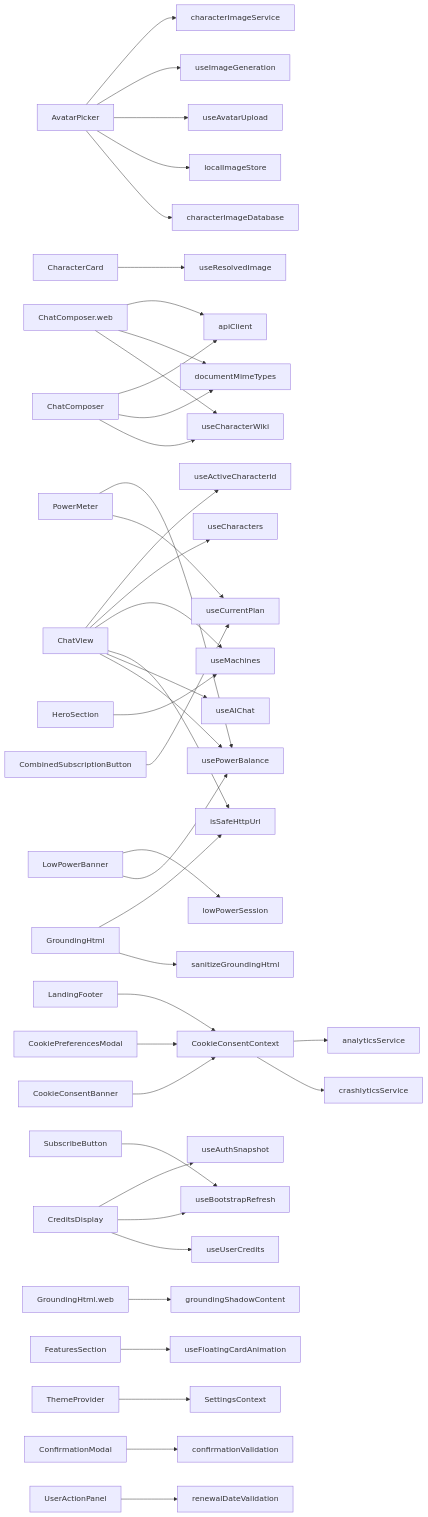
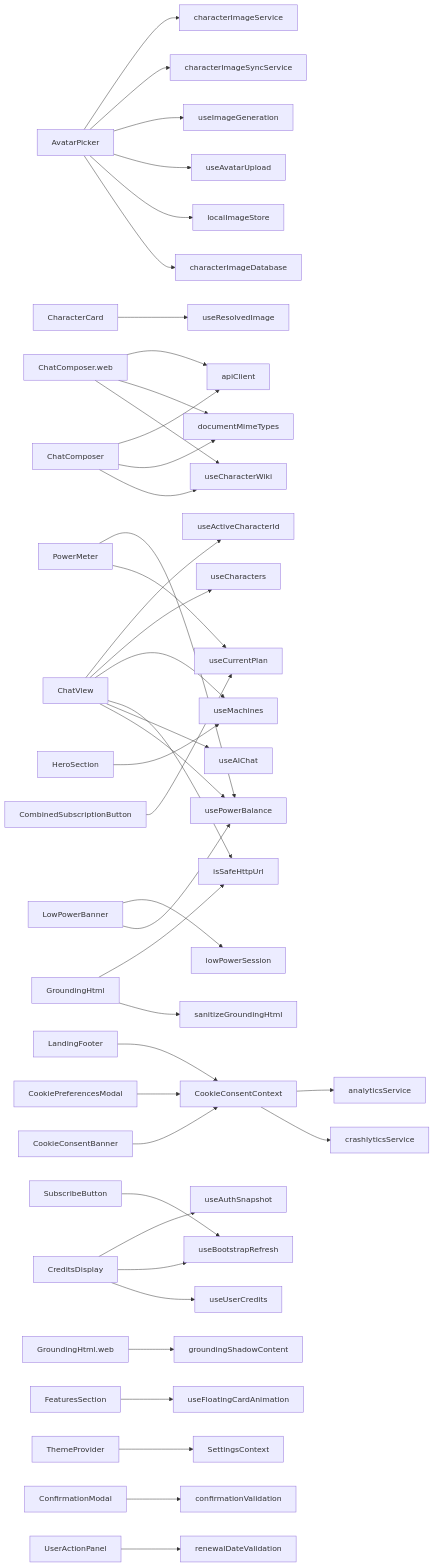
The diagram in docs/flowcharts/COMPONENTS.md (equationalapplications/clanker), drawn with Mermaid before and after one commit. The commit also changed 22 other files, not shown here.

````diff
--- a/docs/flowcharts/COMPONENTS.md
+++ b/docs/flowcharts/COMPONENTS.md
@@ -4,43 +4,44 @@
 ```mermaid
 graph LR
   AvatarPicker --> characterImageDatabase
   AvatarPicker --> localImageStore
   AvatarPicker --> useAvatarUpload
   AvatarPicker --> useImageGeneration
+  AvatarPicker --> characterImageSyncService
   AvatarPicker --> characterImageService
   CharacterCard --> useResolvedImage
   ChatComposer --> useCharacterWiki
   ChatComposer --> documentMimeTypes
   ChatComposer --> apiClient
   ChatComposer.web --> useCharacterWiki
   ChatComposer.web --> documentMimeTypes
   ChatComposer.web --> apiClient
   ChatView --> usePowerBalance
   ChatView --> useAIChat
   ChatView --> isSafeHttpUrl
   ChatView --> useMachines
   ChatView --> useCharacters
   ChatView --> useActiveCharacterId
   CombinedSubscriptionButton --> useCurrentPlan
   CookieConsentBanner --> CookieConsentContext
   CookieConsentContext --> crashlyticsService
   CookieConsentContext --> analyticsService
   CookiePreferencesModal --> CookieConsentContext
   CreditsDisplay --> useUserCredits
   CreditsDisplay --> useBootstrapRefresh
   CreditsDisplay --> useAuthSnapshot
   GroundingHtml --> sanitizeGroundingHtml
   GroundingHtml --> isSafeHttpUrl
   GroundingHtml.web --> groundingShadowContent
   FeaturesSection --> useFloatingCardAnimation
   HeroSection --> useMachines
   LandingFooter --> CookieConsentContext
   LowPowerBanner --> usePowerBalance
   LowPowerBanner --> lowPowerSession
   PowerMeter --> useCurrentPlan
   PowerMeter --> usePowerBalance
   SubscribeButton --> useBootstrapRefresh
   ThemeProvider --> SettingsContext
   ConfirmationModal --> confirmationValidation
   UserActionPanel --> renewalDateValidation
 ```
````
